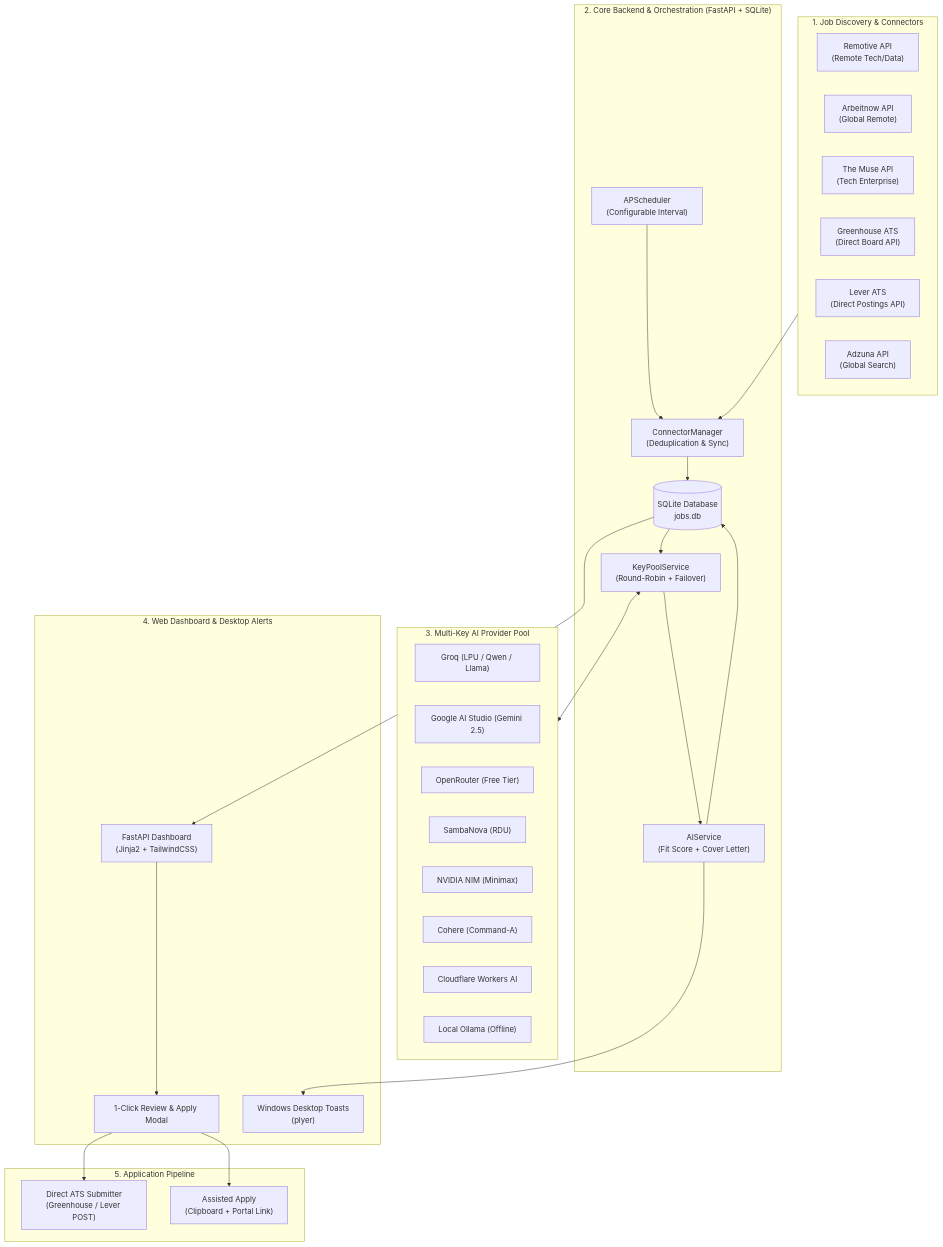
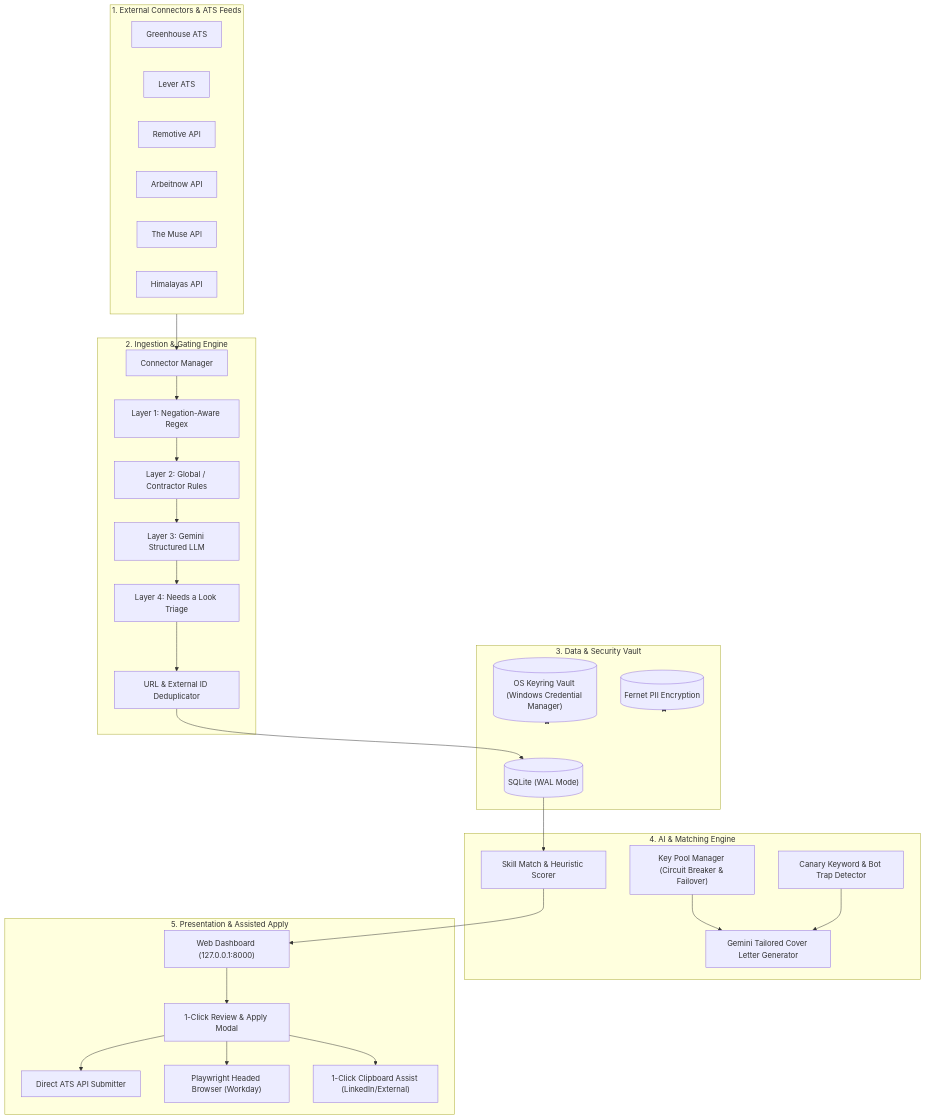
One commit to Priyanshu98156/jobpulse-ai changed the diagram in PROJECT_OVERVIEW.md. Above: the diagram before and after it, drawn with Mermaid. The commit also changed other lines of this file and 3 other files, not shown here.

````diff
--- a/PROJECT_OVERVIEW.md
+++ b/PROJECT_OVERVIEW.md
@@ -23,54 +56,55 @@
 ```mermaid
 flowchart TD
-    subgraph Ingestion ["1. Job Discovery & Connectors"]
-        REM["Remotive API\n(Remote Tech/Data)"]
-        ARB["Arbeitnow API\n(Global Remote)"]
-        MUSE["The Muse API\n(Tech Enterprise)"]
-        GH["Greenhouse ATS\n(Direct Board API)"]
-        LEV["Lever ATS\n(Direct Postings API)"]
-        ADZ["Adzuna API\n(Global Search)"]
+    subgraph Connectors ["1. External Connectors & ATS Feeds"]
+        C1["Greenhouse ATS"]
+        C2["Lever ATS"]
+        C3["Remotive API"]
+        C4["Arbeitnow API"]
+        C5["The Muse API"]
+        C6["Himalayas API"]
     end
 
-    subgraph CoreBackend ["2. Core Backend & Orchestration (FastAPI + SQLite)"]
-        MGR["ConnectorManager\n(Deduplication & Sync)"]
-        SCHED["APScheduler\n(Configurable Interval)"]
-        DB[("SQLite Database\njobs.db")]
-        POOL["KeyPoolService\n(Round-Robin + Failover)"]
-        AI["AIService\n(Fit Score + Cover Letter)"]
+    subgraph Ingestion ["2. Ingestion & Gating Engine"]
+        CM["Connector Manager"]
+        L1["Layer 1: Negation-Aware Regex"]
+        L2["Layer 2: Global / Contractor Rules"]
+        L3["Layer 3: Gemini Structured LLM"]
+        L4["Layer 4: Needs a Look Triage"]
+        Dedupe["URL & External ID Deduplicator"]
     end
 
-    subgraph AIPool ["3. Multi-Key AI Provider Pool"]
-        K_GROQ["Groq (LPU / Qwen / Llama)"]
-        K_GEM["Google AI Studio (Gemini 2.5)"]
-        K_OR["OpenRouter (Free Tier)"]
-        K_SAMBA["SambaNova (RDU)"]
-        K_NV["NVIDIA NIM (Minimax)"]
-        K_CO["Cohere (Command-A)"]
-        K_CF["Cloudflare Workers AI"]
-        K_OLLAMA["Local Ollama (Offline)"]
+    subgraph Storage ["3. Data & Security Vault"]
+        WAL[("SQLite (WAL Mode)")]
+        Keyring[("OS Keyring Vault (Windows Credential Manager)")]
+        Fernet[("Fernet PII Encryption")]
     end
 
-    subgraph UI ["4. Web Dashboard & Desktop Alerts"]
-        DASH["FastAPI Dashboard\n(Jinja2 + TailwindCSS)"]
-        MODAL["1-Click Review & Apply Modal"]
-        NOTIF["Windows Desktop Toasts\n(plyer)"]
+    subgraph AI ["4. AI & Matching Engine"]
+        KeyPool["Key Pool Manager (Circuit Breaker & Failover)"]
+        MatchScore["Skill Match & Heuristic Scorer"]
+        Canary["Canary Keyword & Bot Trap Detector"]
+        CoverLetter["Gemini Tailored Cover Letter Generator"]
     end
 
-    subgraph Submissions ["5. Application Pipeline"]
-        SUB_ATS["Direct ATS Submitter\n(Greenhouse / Lever POST)"]
-        SUB_EXT["Assisted Apply\n(Clipboard + Portal Link)"]
+    subgraph UI ["5. Presentation & Assisted Apply"]
+        Dash["Web Dashboard (127.0.0.1:8000)"]
+        Modal["1-Click Review & Apply Modal"]
+        ATS_API["Direct ATS API Submitter"]
+        WorkdayAuto["Playwright Headed Browser (Workday)"]
+        Clipboard["1-Click Clipboard Assist (LinkedIn/External)"]
     end
 
-    Ingestion --> MGR
-    SCHED --> MGR
-    MGR --> DB
-    DB --> POOL
-    POOL <--> AIPool
-    POOL --> AI
-    AI --> DB
-    AI --> NOTIF
-    DB --> DASH
-    DASH --> MODAL
-    MODAL --> SUB_ATS
-    MODAL --> SUB_EXT
+    Connectors --> CM
+    CM --> L1 --> L2 --> L3 --> L4
+    L4 --> Dedupe --> WAL
+    Keyring <--> Storage
+    Fernet <--> Storage
+    WAL --> MatchScore
+    KeyPool --> CoverLetter
+    Canary --> CoverLetter
+    MatchScore --> Dash
+    Dash --> Modal
+    Modal --> ATS_API
+    Modal --> WorkdayAuto
+    Modal --> Clipboard
 ```
````
